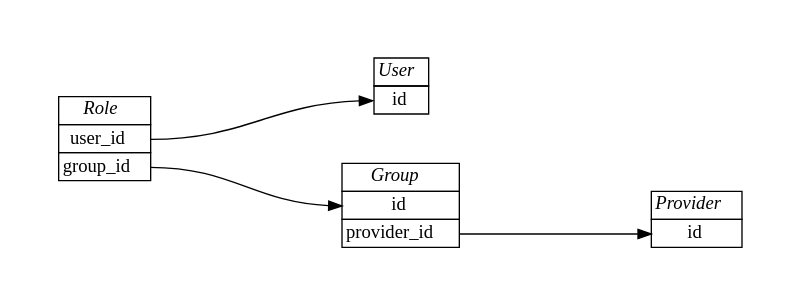
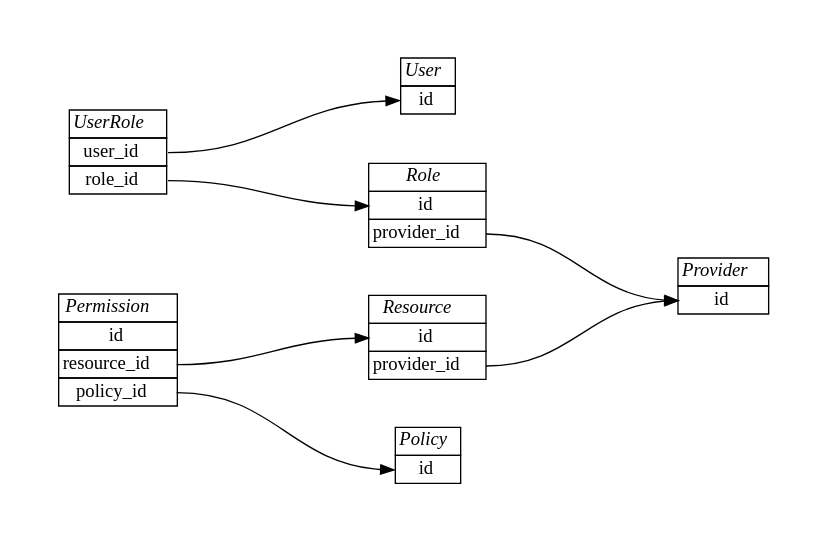
Before and after one commit to knowark/authark: the diagram in docs/architecture/domain.rst, drawn with Graphviz. The commit also changed other lines of this file, not shown here.

Commit message:
Create relation between Permissions, Resources and Policies

```diff
--- a/docs/architecture/domain.rst
+++ b/docs/architecture/domain.rst
@@ -9,38 +9,61 @@
 .. graphviz::
 
    digraph {
     graph [pad="0.5", nodesep="0.5", ranksep="2"];
     node [shape=plain]
     rankdir=LR;
 
     User [label=<
     <table border="0" cellborder="1" cellspacing="0">
     <tr><td><i>User</i></td></tr>
     <tr><td port="id">id</td></tr>
     </table>>];
 
+    UserRole [label=<
+    <table border="0" cellborder="1" cellspacing="0">
+    <tr><td><i>UserRole</i></td></tr>
+    <tr><td port="user_id">user_id</td></tr>
+    <tr><td port="role_id">role_id</td></tr>
+    </table>>];
+
     Role [label=<
     <table border="0" cellborder="1" cellspacing="0">
     <tr><td><i>Role</i></td></tr>
-    <tr><td port="user_id">user_id</td></tr>
-    <tr><td port="group_id">group_id</td></tr>
-    </table>>];
-
-    Group [label=<
-    <table border="0" cellborder="1" cellspacing="0">
-    <tr><td><i>Group</i></td></tr>
     <tr><td port="id">id</td></tr>
     <tr><td port="provider_id">provider_id</td></tr>
     </table>>];
 
     Provider [label=<
     <table border="0" cellborder="1" cellspacing="0">
     <tr><td><i>Provider</i></td></tr>
     <tr><td port="id">id</td></tr>
     </table>>];
 
-    Role:user_id -> User:id;
-    Role:group_id -> Group:id;
-    Group:provider_id -> Provider:id;
+    Resource [label=<
+    <table border="0" cellborder="1" cellspacing="0">
+    <tr><td><i>Resource</i></td></tr>
+    <tr><td port="id">id</td></tr>
+    <tr><td port="provider_id">provider_id</td></tr>
+    </table>>];
 
+    Policy [label=<
+    <table border="0" cellborder="1" cellspacing="0">
+    <tr><td><i>Policy</i></td></tr>
+    <tr><td port="id">id</td></tr>
+    </table>>];
+
+    Permission [label=<
+    <table border="0" cellborder="1" cellspacing="0">
+    <tr><td><i>Permission</i></td></tr>
+    <tr><td port="id">id</td></tr>
+    <tr><td port="resource_id">resource_id</td></tr> 
+    <tr><td port="policy_id">policy_id</td></tr> 
+    </table>>];
+
+    UserRole:user_id -> User:id;
+    UserRole:role_id -> Role:id;
+    Role:provider_id -> Provider:id;
+    Resource:provider_id -> Provider:id;
+    Permission:resource_id -> Resource:id; 
+    Permission:policy_id -> Policy:id;
     }
```
